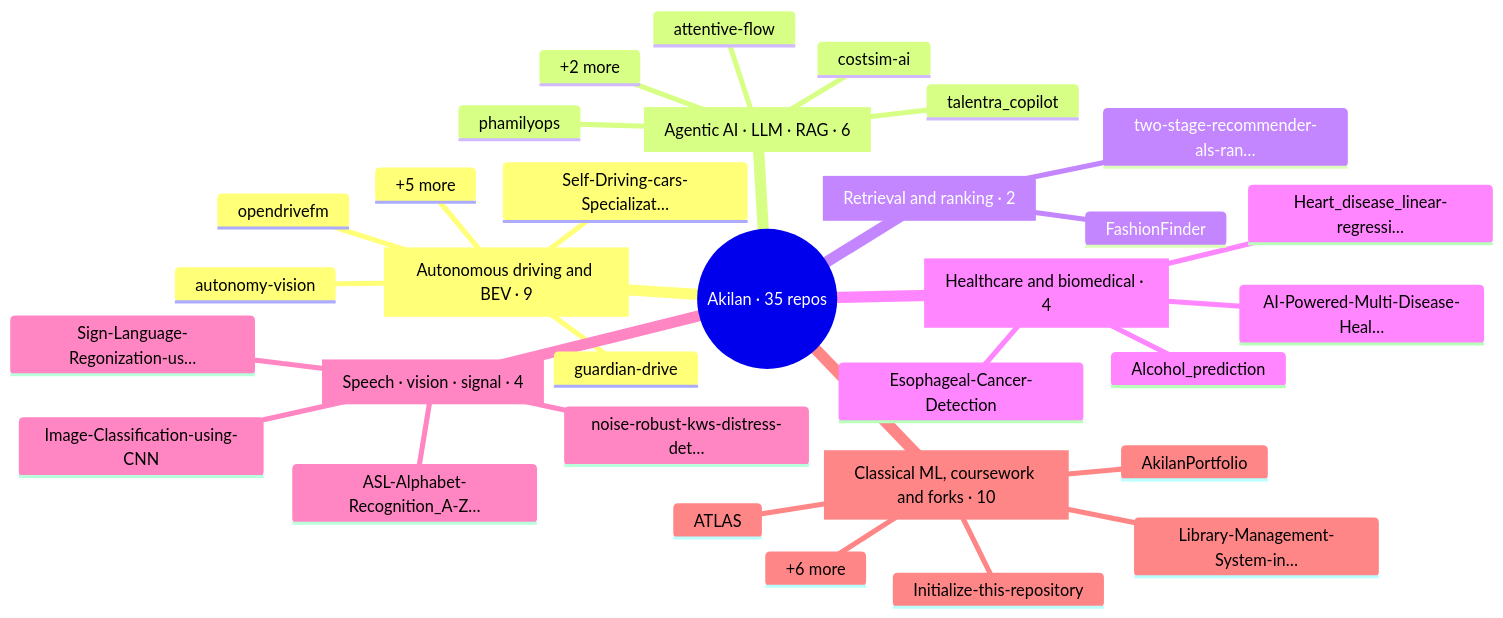
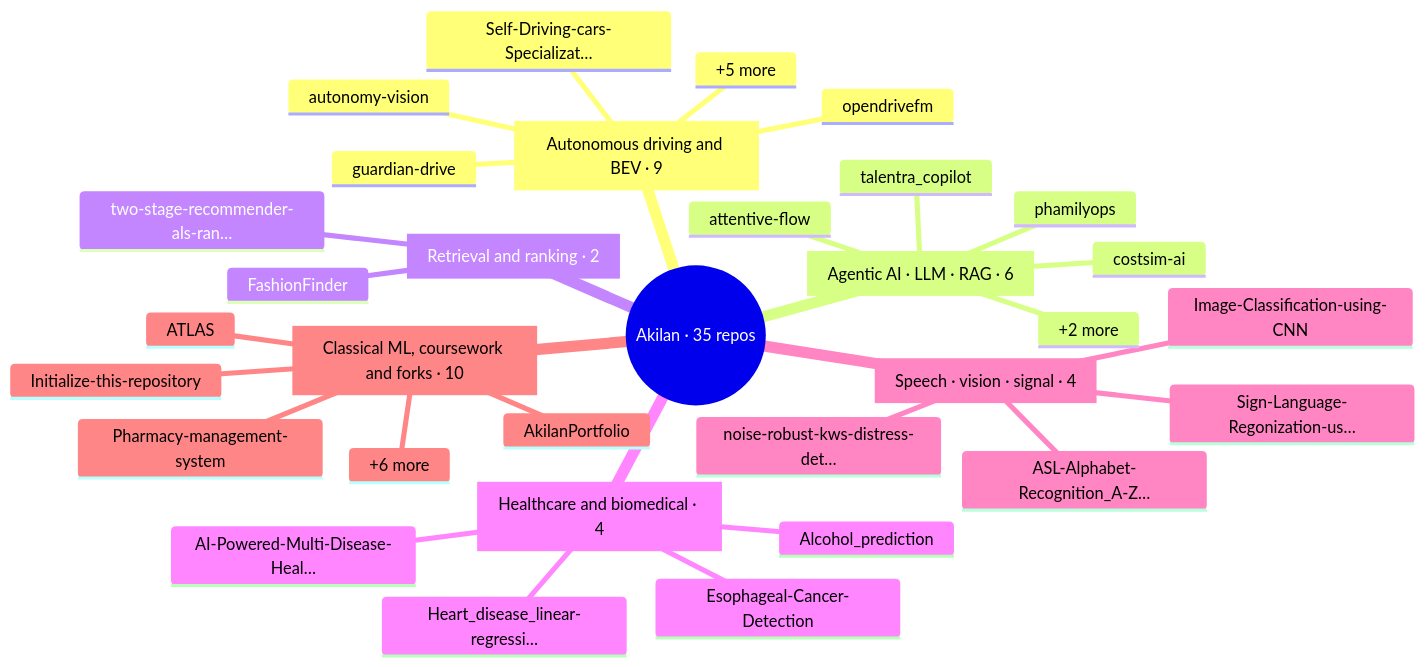
One commit to AkilanManivannanak/AkilanManivannanak changed the diagram in README.md. Above: the diagram before and after it, drawn with Mermaid. The commit also changed other lines of this file and 39 other files, not shown here.

````diff
--- a/README.md
+++ b/README.md
@@ -98,35 +96,35 @@
 ```mermaid
 mindmap
   root((Akilan · 35 repos))
     av[Autonomous driving and BEV · 9]
       opendrivefm
       guardian-drive
       Self-Driving-cars-Specializat…
       autonomy-vision
       +5 more
     agentic[Agentic AI · LLM · RAG · 6]
       talentra_copilot
       costsim-ai
+      phamilyops
       attentive-flow
-      phamilyops
       +2 more
     rank[Retrieval and ranking · 2]
       two-stage-recommender-als-ran…
       FashionFinder
     health[Healthcare and biomedical · 4]
       Esophageal-Cancer-Detection
       AI-Powered-Multi-Disease-Heal…
       Alcohol_prediction
       Heart_disease_linear-regressi…
     signal[Speech · vision · signal · 4]
       noise-robust-kws-distress-det…
       Sign-Language-Regonization-us…
       ASL-Alphabet-Recognition_A-Z…
       Image-Classification-using-CNN
     archive[Classical ML, coursework and forks · 10]
       AkilanPortfolio
       ATLAS
       Initialize-this-repository
-      Library-Management-System-in…
+      Pharmacy-management-system
       +6 more
 ```
````
